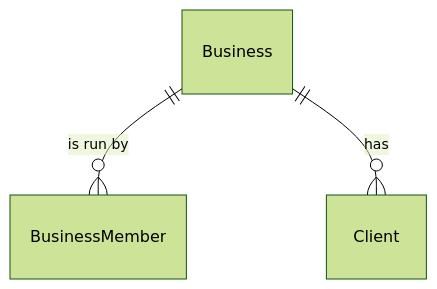
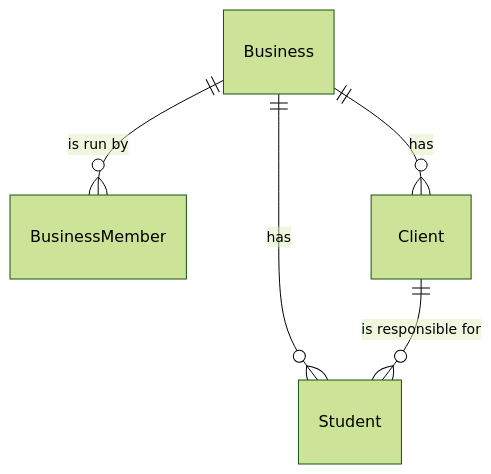
One commit to alejandrolazarte/class-manager changed the diagram in docs/backend/domain-model.md. Above: the diagram before and after it, drawn with Mermaid (forest theme). The commit also changed other lines of this file and 62 other files, not shown here.

````diff
--- a/docs/backend/domain-model.md
+++ b/docs/backend/domain-model.md
@@ -15,5 +15,7 @@
 ```mermaid
 erDiagram
     Business ||--o{ BusinessMember : "is run by"
     Business ||--o{ Client : has
+    Business ||--o{ Student : has
+    Client ||--o{ Student : "is responsible for"
 ```
````
